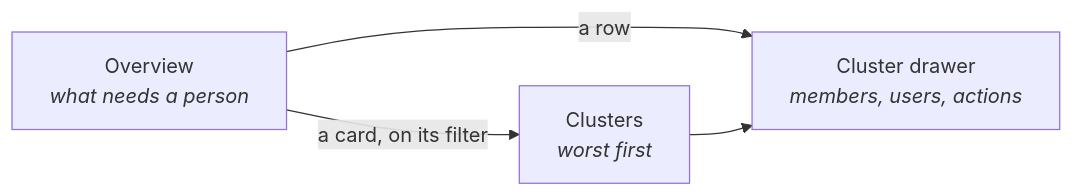
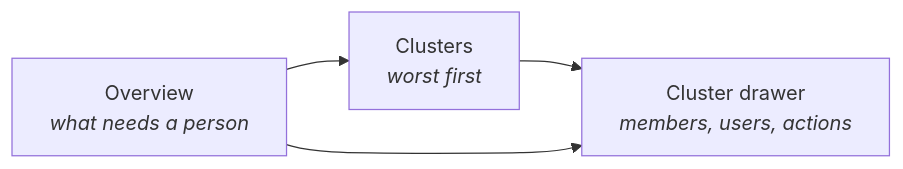
Before and after one commit to DiegoBulhoes/freelens-addons: the first of 2 diagrams in docs/mongodb.md, drawn with Mermaid. The commit also changed other lines of this file and 9 other files, not shown here.

````diff
--- a/docs/mongodb.md
+++ b/docs/mongodb.md
@@ -23,10 +23,6 @@
 ```mermaid
 flowchart LR
-  O["Overview<br/><i>what needs a person</i>"]
-  R["Clusters<br/><i>worst first</i>"]
-  D["Cluster drawer<br/><i>members, users, actions</i>"]
-
-  O -->|a card, on its filter| R
-  O -->|a row| D
-  R --> D
+  O["Overview<br/><i>what needs a person</i>"] --> R["Clusters<br/><i>worst first</i>"]
+  R --> D["Cluster drawer<br/><i>members, users, actions</i>"]
+  O --> D
 ```
````
